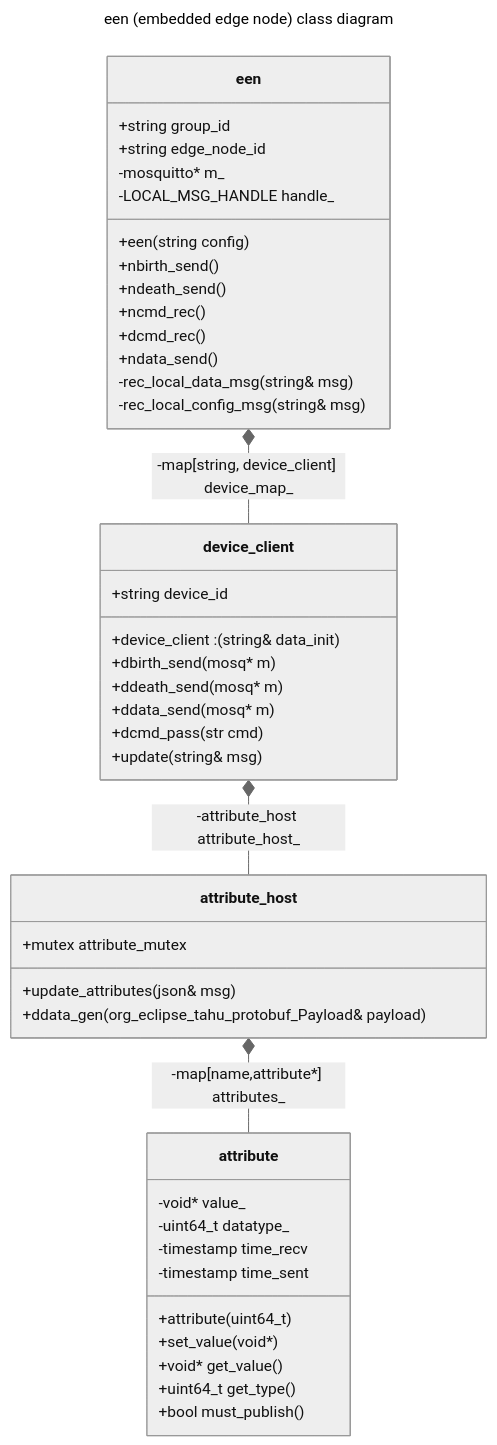
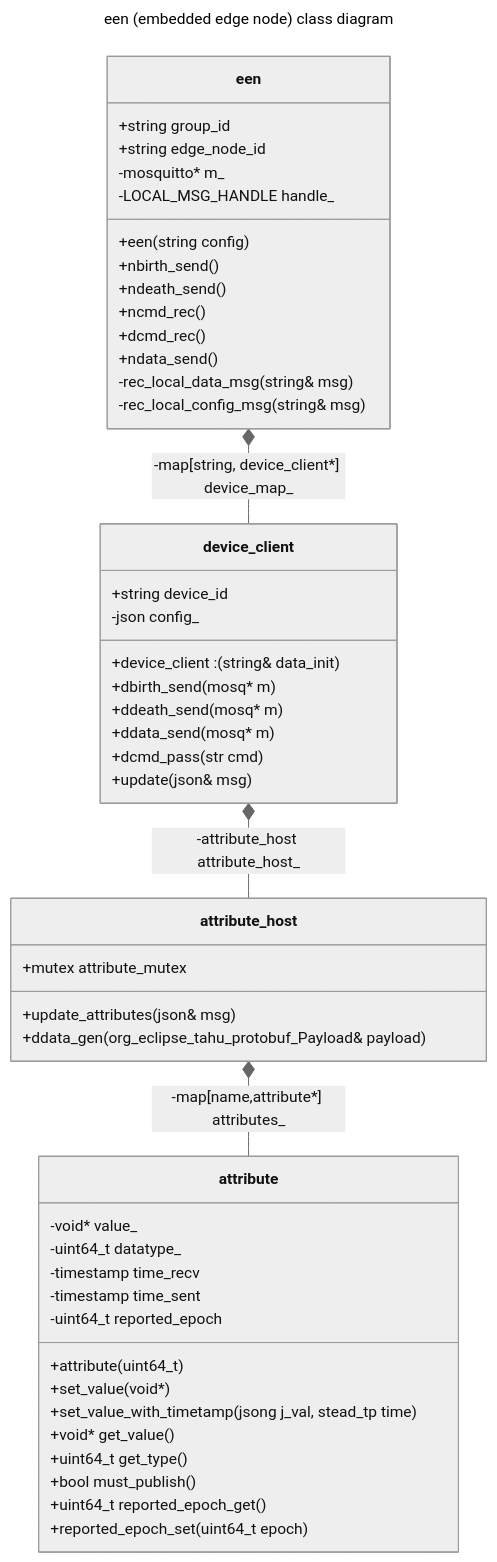
Before and after one commit to DJTakushi/spbd: the second of 2 diagrams in README.md, drawn with Mermaid (neutral theme). The commit also changed other lines of this file, not shown here.

Commit message:
design adjustments

````diff
--- a/README.md
+++ b/README.md
@@ -38,53 +39,58 @@
 ```mermaid
 ---
 title: een (embedded edge node) class diagram
 ---
 classDiagram
 
 class een{
   +string group_id
   +string edge_node_id
   -mosquitto* m_
   -LOCAL_MSG_HANDLE handle_
   +een(string config)
   +nbirth_send()
   +ndeath_send()
   +ncmd_rec()
   +dcmd_rec()
   +ndata_send()
   -rec_local_data_msg(string& msg)
   -rec_local_config_msg(string& msg)
 }
 
 class device_client{
   +string device_id
+  -json config_
 
   +device_client : (string& data_init)
   +dbirth_send(mosq* m)
   +ddeath_send(mosq* m)
   +ddata_send(mosq* m)
   +dcmd_pass(str cmd)
-  +update(string& msg)
+  +update(json& msg)
 }
-een *-- device_client : -map[string, device_client] device_map_
+een *-- device_client : -map[string, device_client*] device_map_
 
 class attribute_host{
   +mutex attribute_mutex
   +update_attributes(json& msg)
   +ddata_gen(org_eclipse_tahu_protobuf_Payload& payload)
 }
 device_client *-- attribute_host : -attribute_host attribute_host_
 
 class attribute{
   -void* value_
   -uint64_t datatype_
   -timestamp time_recv
   -timestamp time_sent
+  -uint64_t reported_epoch
   +attribute(uint64_t)
   +set_value(void*)
+  +set_value_with_timetamp(jsong  j_val, stead_tp time)
   +void* get_value()
   +uint64_t get_type()
   +bool must_publish()
+  +uint64_t reported_epoch_get()
+  +reported_epoch_set(uint64_t epoch)
 }
 attribute_host *-- attribute : -map[name,attribute*] attributes_
 ```
````
